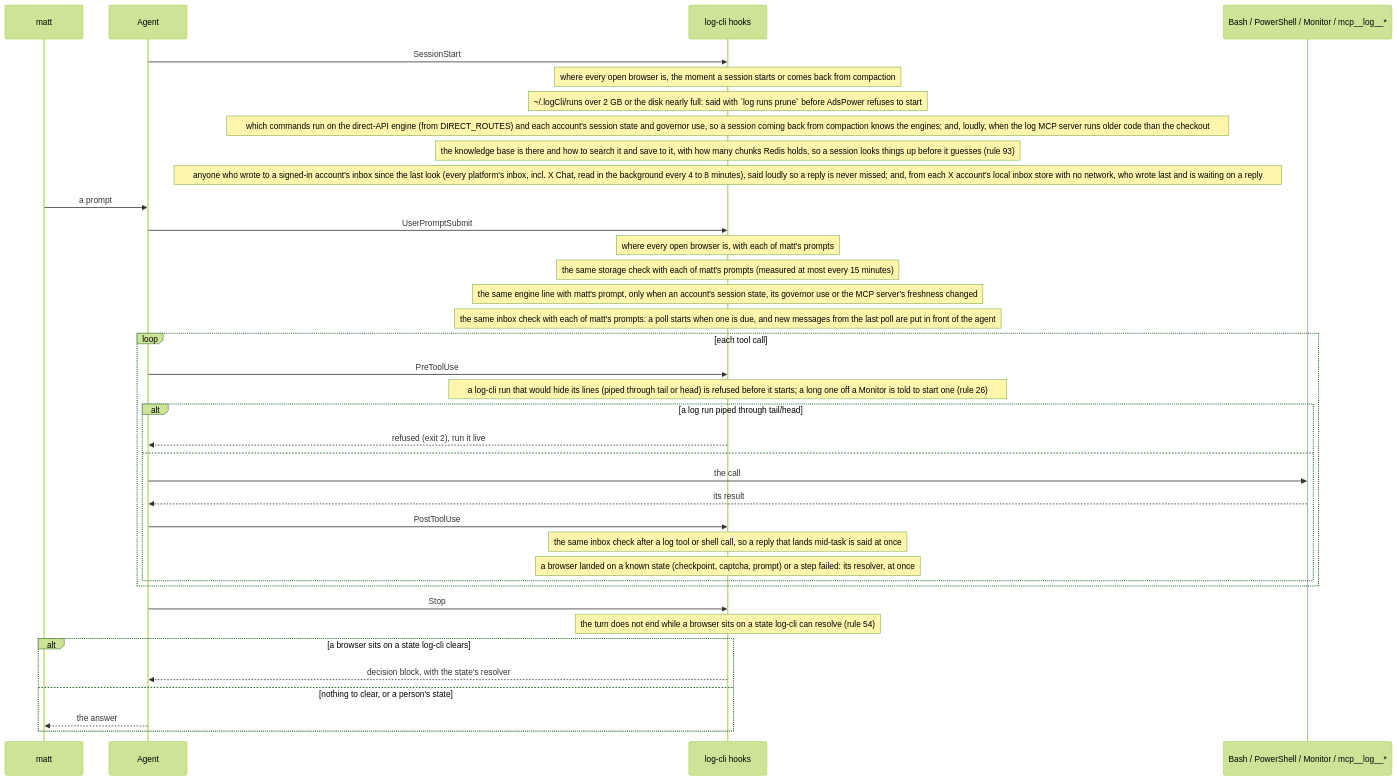
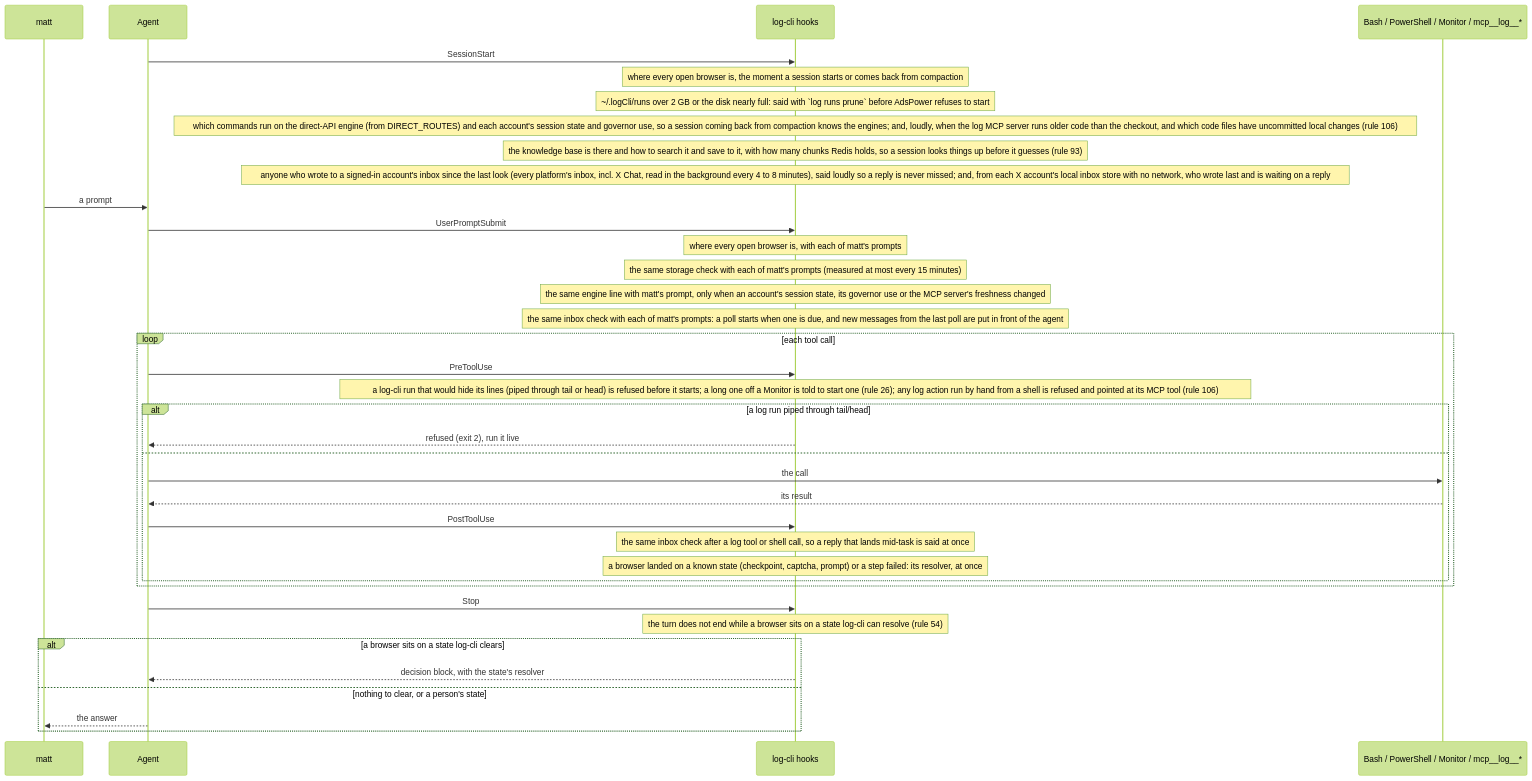
The diagram in docs/diagrams/hooks.mmd (matthewdonsemail-lab/log), drawn with Mermaid (forest theme) before and after one commit. The commit also changed 13 other files, not shown here.

Commit message:
feat: log actions only through the MCP; uncommitted local changes said loudly (rule 106)

```diff
--- a/docs/diagrams/hooks.mmd
+++ b/docs/diagrams/hooks.mmd
@@ -1,39 +1,39 @@
 %% The hooks in one turn. Written from `AGENT_HOOKS` (`src/agentHooks/registry`); the same list gives Claude Code's `.claude/settings.json` and Codex's `.codex/hooks.json`.
 %% Written by `bun run docs:build` from the code (rule 56). Not edited by hand.
 sequenceDiagram
   participant matt
   participant Agent
   participant Hook as log-cli hooks
   participant Tool as Bash / PowerShell / Monitor / mcp__log__*
   Agent->>Hook: SessionStart
   Note over Hook: where every open browser is, the moment a session starts or comes back from compaction
   Note over Hook: ~/.logCli/runs over 2 GB or the disk nearly full: said with `log runs prune` before AdsPower refuses to start
-  Note over Hook: which commands run on the direct-API engine (from DIRECT_ROUTES) and each account's session state and governor use, so a session coming back from compaction knows the engines#59; and, loudly, when the log MCP server runs older code than the checkout
+  Note over Hook: which commands run on the direct-API engine (from DIRECT_ROUTES) and each account's session state and governor use, so a session coming back from compaction knows the engines#59; and, loudly, when the log MCP server runs older code than the checkout, and which code files have uncommitted local changes (rule 106)
   Note over Hook: the knowledge base is there and how to search it and save to it, with how many chunks Redis holds, so a session looks things up before it guesses (rule 93)
   Note over Hook: anyone who wrote to a signed-in account's inbox since the last look (every platform's inbox, incl. X Chat, read in the background every 4 to 8 minutes), said loudly so a reply is never missed#59; and, from each X account's local inbox store with no network, who wrote last and is waiting on a reply
   matt->>Agent: a prompt
   Agent->>Hook: UserPromptSubmit
   Note over Hook: where every open browser is, with each of matt's prompts
   Note over Hook: the same storage check with each of matt's prompts (measured at most every 15 minutes)
   Note over Hook: the same engine line with matt's prompt, only when an account's session state, its governor use or the MCP server's freshness changed
   Note over Hook: the same inbox check with each of matt's prompts: a poll starts when one is due, and new messages from the last poll are put in front of the agent
   loop each tool call
     Agent->>Hook: PreToolUse
-    Note over Hook: a log-cli run that would hide its lines (piped through tail or head) is refused before it starts#59; a long one off a Monitor is told to start one (rule 26)
+    Note over Hook: a log-cli run that would hide its lines (piped through tail or head) is refused before it starts#59; a long one off a Monitor is told to start one (rule 26)#59; any log action run by hand from a shell is refused and pointed at its MCP tool (rule 106)
     alt a log run piped through tail/head
       Hook-->>Agent: refused (exit 2), run it live
     else
       Agent->>Tool: the call
       Tool-->>Agent: its result
       Agent->>Hook: PostToolUse
     Note over Hook: the same inbox check after a log tool or shell call, so a reply that lands mid-task is said at once
     Note over Hook: a browser landed on a known state (checkpoint, captcha, prompt) or a step failed: its resolver, at once
     end
   end
   Agent->>Hook: Stop
   Note over Hook: the turn does not end while a browser sits on a state log-cli can resolve (rule 54)
   alt a browser sits on a state log-cli clears
     Hook-->>Agent: decision block, with the state's resolver
   else nothing to clear, or a person's state
     Agent-->>matt: the answer
   end
```
